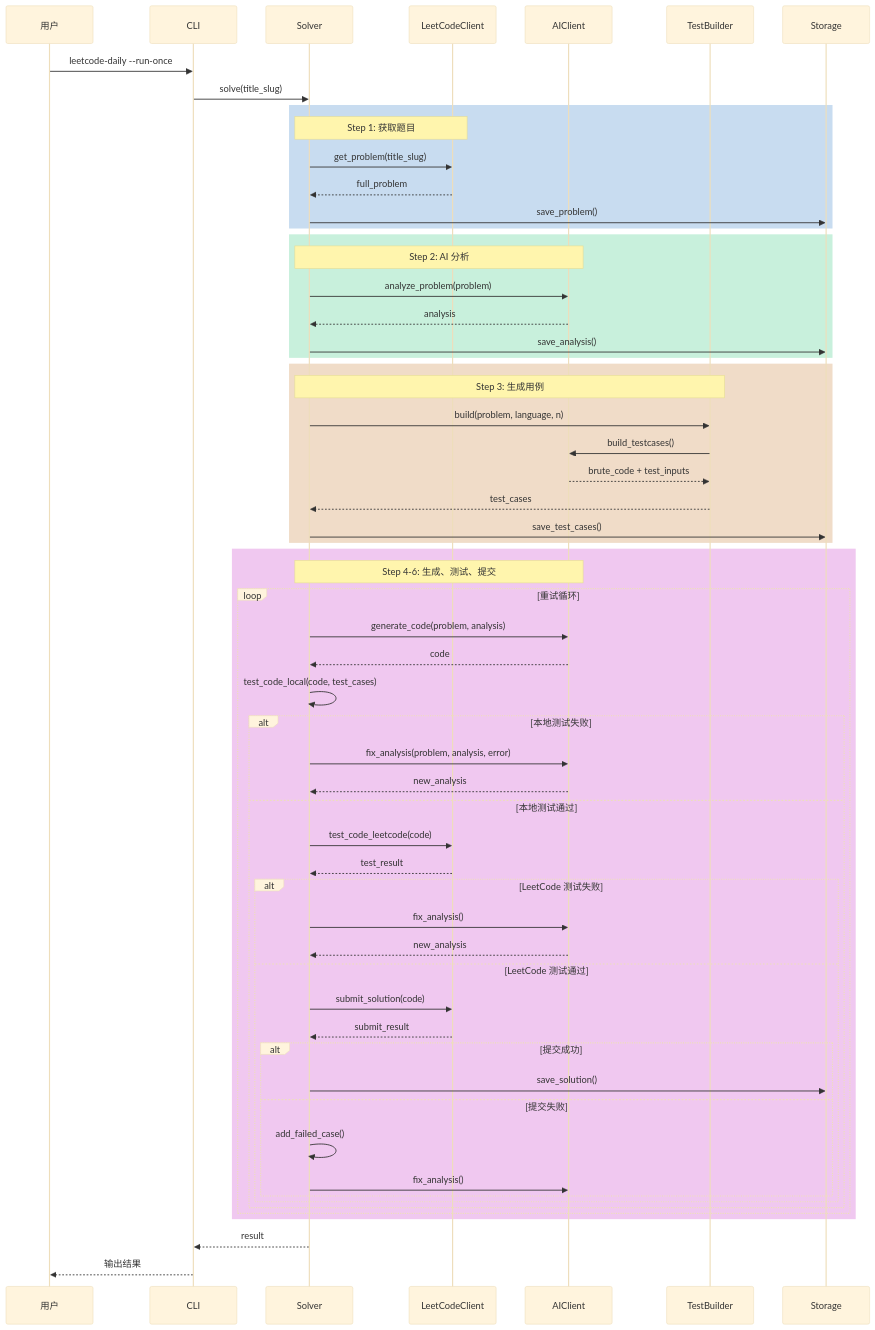
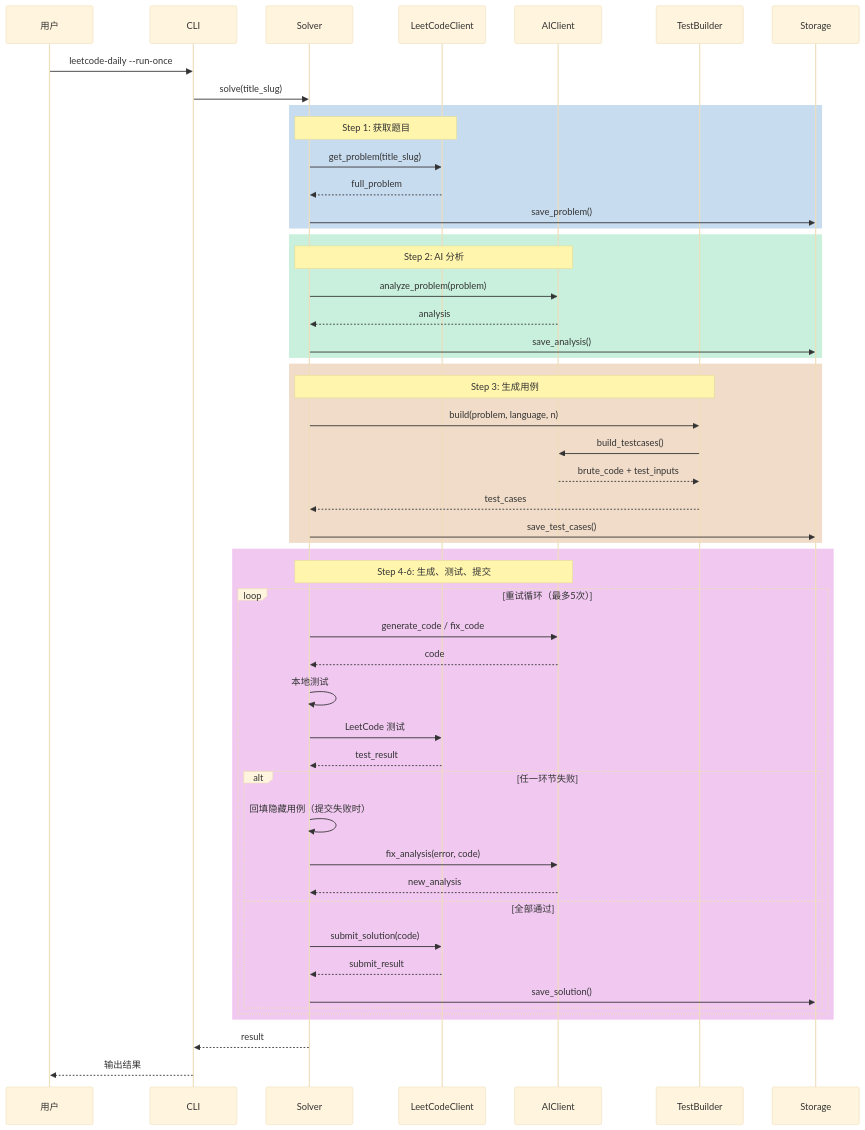
The third of 6 diagrams in DESIGN.md (LYCGGG/leetcode-daily-solver), drawn with Mermaid (base theme) before and after one commit. The commit also changed other lines of this file and 1 other file, not shown here.

First line of the commit message:
docs: 简化设计文档流程图和时序图

````diff
--- a/DESIGN.md
+++ b/DESIGN.md
@@ -262,72 +246,61 @@
 ```mermaid
 sequenceDiagram
     participant User as 用户
     participant CLI as CLI
     participant Solver as Solver
     participant LC as LeetCodeClient
     participant AI as AIClient
     participant TB as TestBuilder
     participant Storage as Storage
     
     User->>CLI: leetcode-daily --run-once
     CLI->>Solver: solve(title_slug)
     
     rect rgb(200, 220, 240)
         Note over Solver,LC: Step 1: 获取题目
         Solver->>LC: get_problem(title_slug)
         LC-->>Solver: full_problem
         Solver->>Storage: save_problem()
     end
     
     rect rgb(200, 240, 220)
         Note over Solver,AI: Step 2: AI 分析
         Solver->>AI: analyze_problem(problem)
         AI-->>Solver: analysis
         Solver->>Storage: save_analysis()
     end
     
     rect rgb(240, 220, 200)
         Note over Solver,TB: Step 3: 生成用例
         Solver->>TB: build(problem, language, n)
         TB->>AI: build_testcases()
         AI-->>TB: brute_code + test_inputs
         TB-->>Solver: test_cases
         Solver->>Storage: save_test_cases()
     end
     
     rect rgb(240, 200, 240)
         Note over Solver,AI: Step 4-6: 生成、测试、提交
-        loop 重试循环
-            Solver->>AI: generate_code(problem, analysis)
+        loop 重试循环（最多5次）
+            Solver->>AI: generate_code / fix_code
             AI-->>Solver: code
-            
-            Solver->>Solver: test_code_local(code, test_cases)
-            
-            alt 本地测试失败
-                Solver->>AI: fix_analysis(problem, analysis, error)
+
+            Solver->>Solver: 本地测试
+            Solver->>LC: LeetCode 测试
+            LC-->>Solver: test_result
+
+            alt 任一环节失败
+                Solver->>Solver: 回填隐藏用例（提交失败时）
+                Solver->>AI: fix_analysis(error, code)
                 AI-->>Solver: new_analysis
-            else 本地测试通过
-                Solver->>LC: test_code_leetcode(code)
-                LC-->>Solver: test_result
-                
-                alt LeetCode 测试失败
-                    Solver->>AI: fix_analysis()
-                    AI-->>Solver: new_analysis
-                else LeetCode 测试通过
-                    Solver->>LC: submit_solution(code)
-                    LC-->>Solver: submit_result
-                    
-                    alt 提交成功
-                        Solver->>Storage: save_solution()
-                    else 提交失败
-                        Solver->>Solver: add_failed_case()
-                        Solver->>AI: fix_analysis()
-                    end
-                end
+            else 全部通过
+                Solver->>LC: submit_solution(code)
+                LC-->>Solver: submit_result
+                Solver->>Storage: save_solution()
             end
         end
     end
     
     Solver-->>CLI: result
     CLI-->>User: 输出结果
 ```
````
